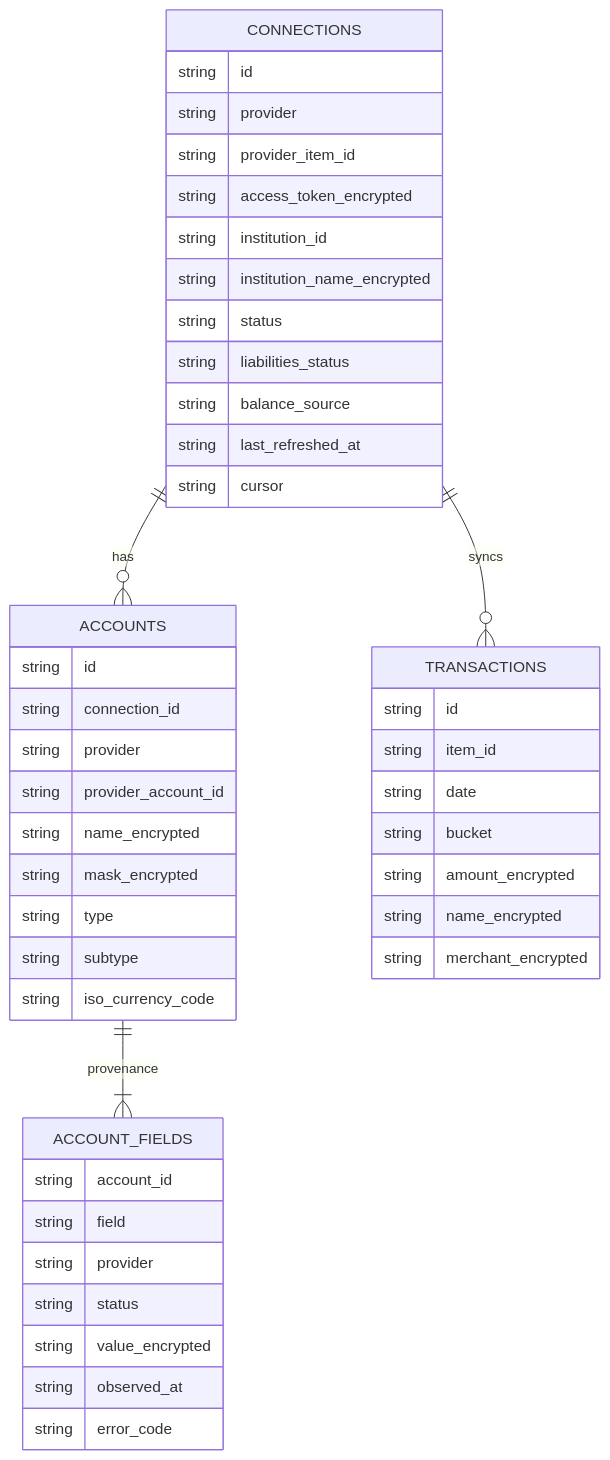
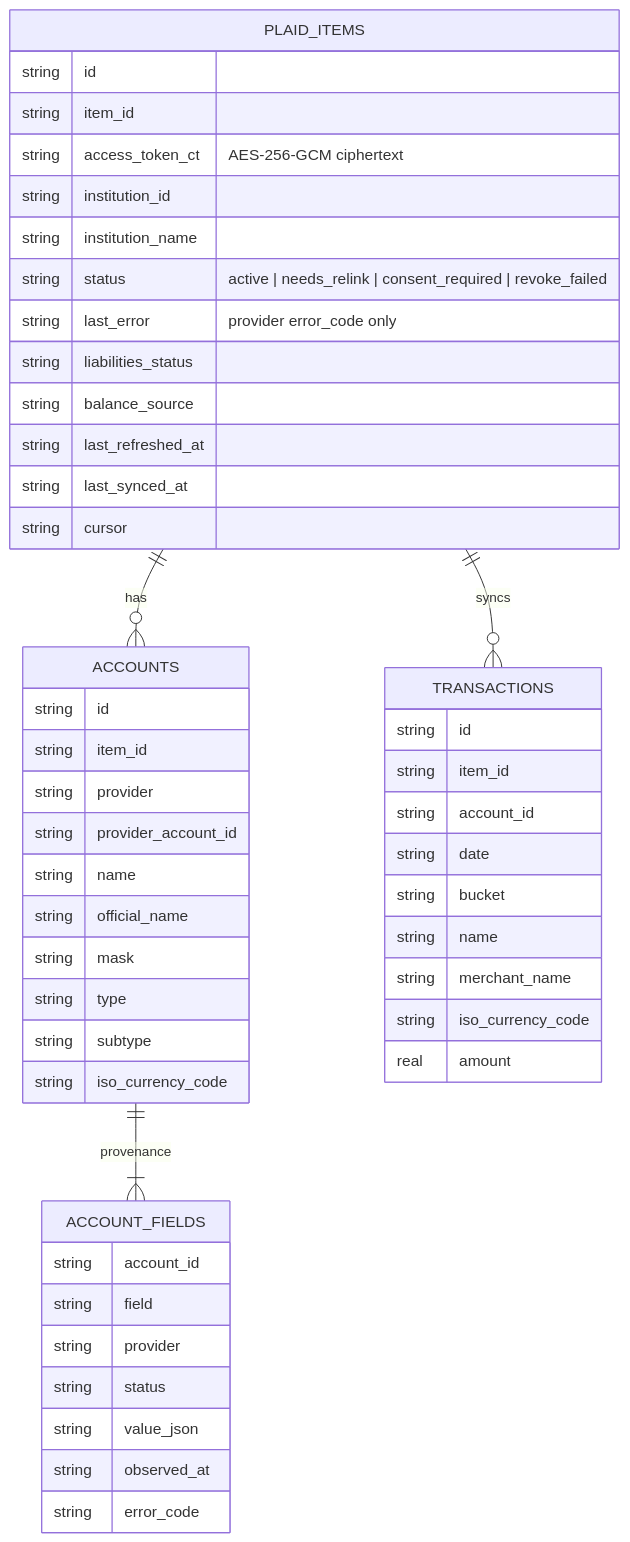
Before and after one commit to A-Pamimo/amexLink: the first of 4 diagrams in docs/ARCHITECTURE.md, drawn with Mermaid. The commit also changed other lines of this file and 2 other files, not shown here.

First line of the commit message:
docs: reconcile HANDOVER, architecture and provider docs with the built system (WP8)

````diff
--- a/docs/ARCHITECTURE.md
+++ b/docs/ARCHITECTURE.md
@@ -24,48 +23,52 @@
 ```mermaid
 erDiagram
-  CONNECTIONS ||--o{ ACCOUNTS : has
+  PLAID_ITEMS ||--o{ ACCOUNTS : has
   ACCOUNTS ||--|{ ACCOUNT_FIELDS : provenance
-  CONNECTIONS ||--o{ TRANSACTIONS : syncs
-  CONNECTIONS {
+  PLAID_ITEMS ||--o{ TRANSACTIONS : syncs
+  PLAID_ITEMS {
     string id
-    string provider
-    string provider_item_id
-    string access_token_encrypted
+    string item_id
+    string access_token_ct "AES-256-GCM ciphertext"
     string institution_id
-    string institution_name_encrypted
-    string status
+    string institution_name
+    string status "active | needs_relink | consent_required | revoke_failed"
+    string last_error "provider error_code only"
     string liabilities_status
     string balance_source
     string last_refreshed_at
+    string last_synced_at
     string cursor
   }
   ACCOUNTS {
     string id
-    string connection_id
+    string item_id
     string provider
     string provider_account_id
-    string name_encrypted
-    string mask_encrypted
+    string name
+    string official_name
+    string mask
     string type
     string subtype
     string iso_currency_code
   }
   ACCOUNT_FIELDS {
     string account_id
     string field
     string provider
     string status
-    string value_encrypted
+    string value_json
     string observed_at
     string error_code
   }
   TRANSACTIONS {
     string id
     string item_id
+    string account_id
     string date
     string bucket
-    string amount_encrypted
-    string name_encrypted
-    string merchant_encrypted
+    string name
+    string merchant_name
+    string iso_currency_code
+    real amount
   }
 ```
````
